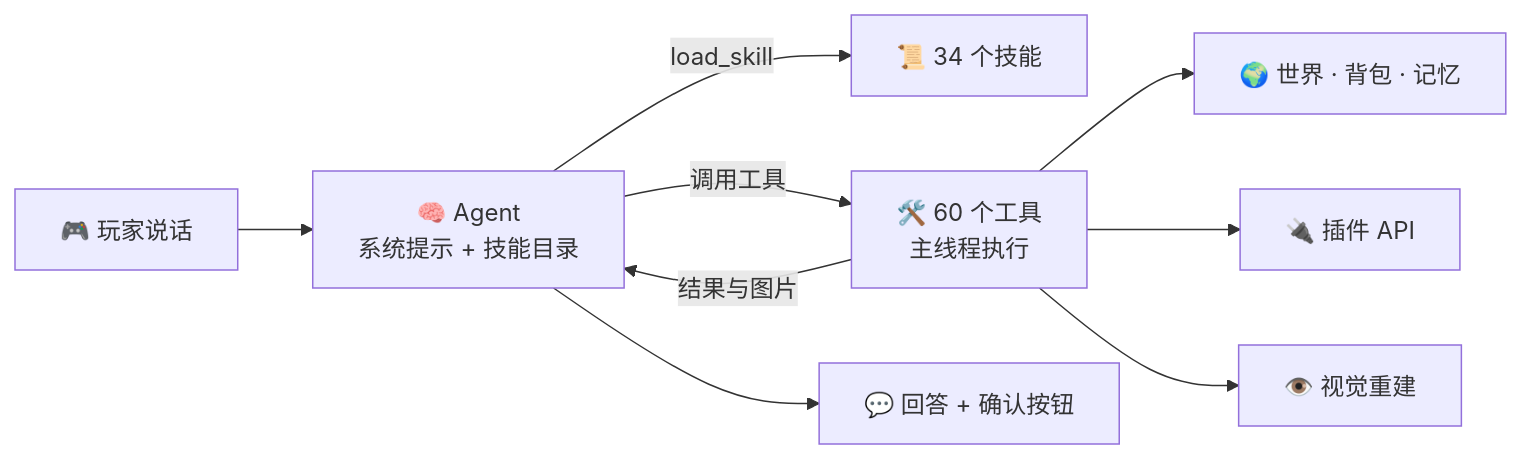
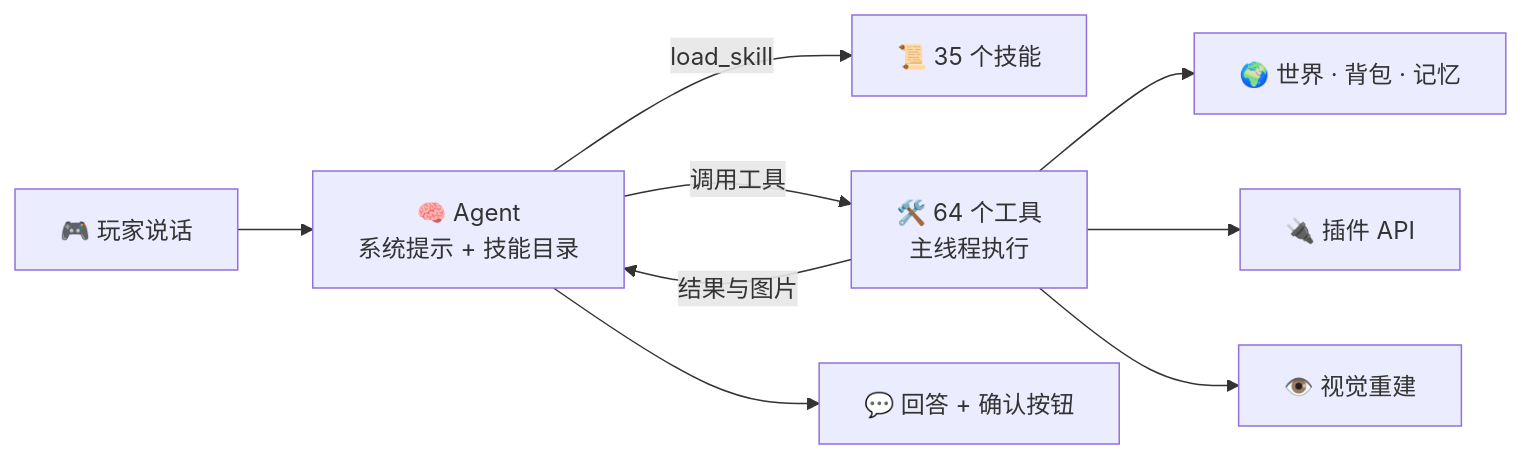
One commit to obsidianplusplus/PandaGPT changed the diagram in README.md. Above: the diagram before and after it, drawn with Mermaid. The commit also changed other lines of this file and 41 other files, not shown here.

````diff
--- a/README.md
+++ b/README.md
@@ -189,11 +190,11 @@
 ```mermaid
 flowchart LR
     P["🎮 玩家说话"] --> A["🧠 Agent<br/>系统提示 + 技能目录"]
-    A -->|load_skill| S["📜 34 个技能"]
-    A -->|调用工具| T["🛠️ 60 个工具<br/>主线程执行"]
+    A -->|load_skill| S["📜 35 个技能"]
+    A -->|调用工具| T["🛠️ 64 个工具<br/>主线程执行"]
     T --> W["🌍 世界 · 背包 · 记忆"]
     T --> I["🔌 插件 API"]
     T --> V["👁️ 视觉重建"]
     T -->|结果与图片| A
     A --> R["💬 回答 + 确认按钮"]
 ```
````
